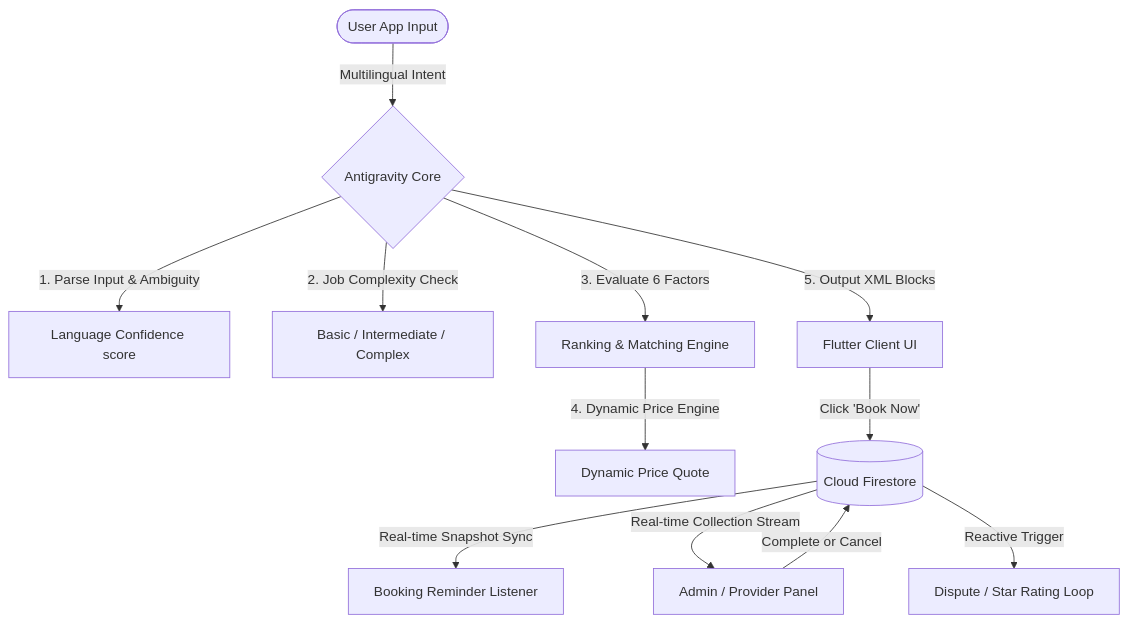
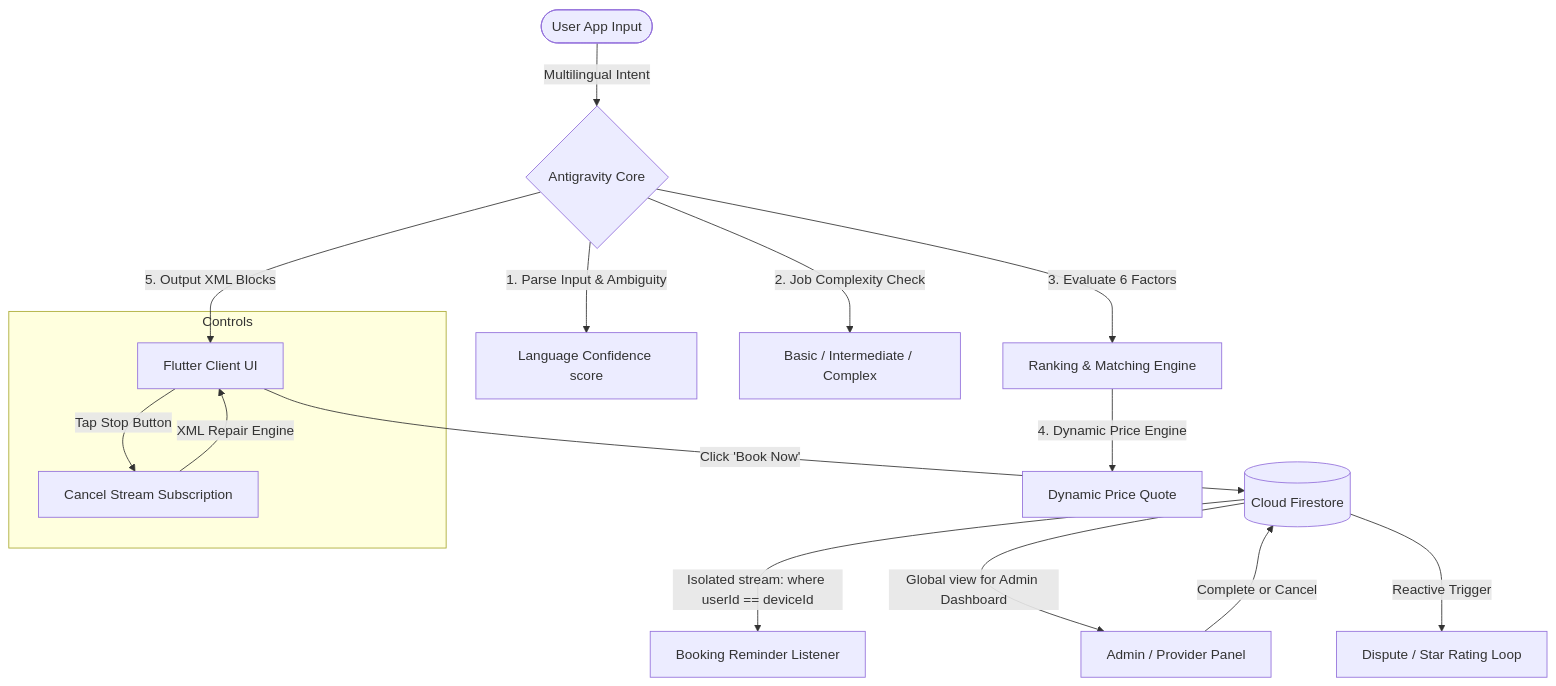
The diagram in README.md (musmanflutter/ai_service_orchestrator), drawn with Mermaid before and after one commit. The commit also changed other lines of this file and 2 other files, not shown here.

````diff
--- a/README.md
+++ b/README.md
@@ -36,15 +42,20 @@
 ```mermaid
 graph TD
     User([User App Input]) -->|Multilingual Intent| Antigravity{Antigravity Core}
     Antigravity -->|1. Parse Input & Ambiguity| ConfScore[Language Confidence score]
     Antigravity -->|2. Job Complexity Check| Complexity[Basic / Intermediate / Complex]
     Antigravity -->|3. Evaluate 6 Factors| RankEngine[Ranking & Matching Engine]
     RankEngine -->|4. Dynamic Price Engine| QuoteCalc[Dynamic Price Quote]
     Antigravity -->|5. Output XML Blocks| UI[Flutter Client UI]
     
     UI -->|Click 'Book Now'| DB[(Cloud Firestore)]
-    DB -->|Real-time Snapshot Sync| Listener[Booking Reminder Listener]
-    DB -->|Real-time Collection Stream| AdminPanel[Admin / Provider Panel]
+    DB -->|Isolated stream: where userId == deviceId| Listener[Booking Reminder Listener]
+    DB -->|Global view for Admin Dashboard| AdminPanel[Admin / Provider Panel]
     AdminPanel -->|Complete or Cancel| DB
     DB -->|Reactive Trigger| RatingBox[Dispute / Star Rating Loop]
+    
+    subgraph Controls
+        UI -->|Tap Stop Button| Interrupt[Cancel Stream Subscription]
+        Interrupt -->|XML Repair Engine| UI
+    end
 ```
````
